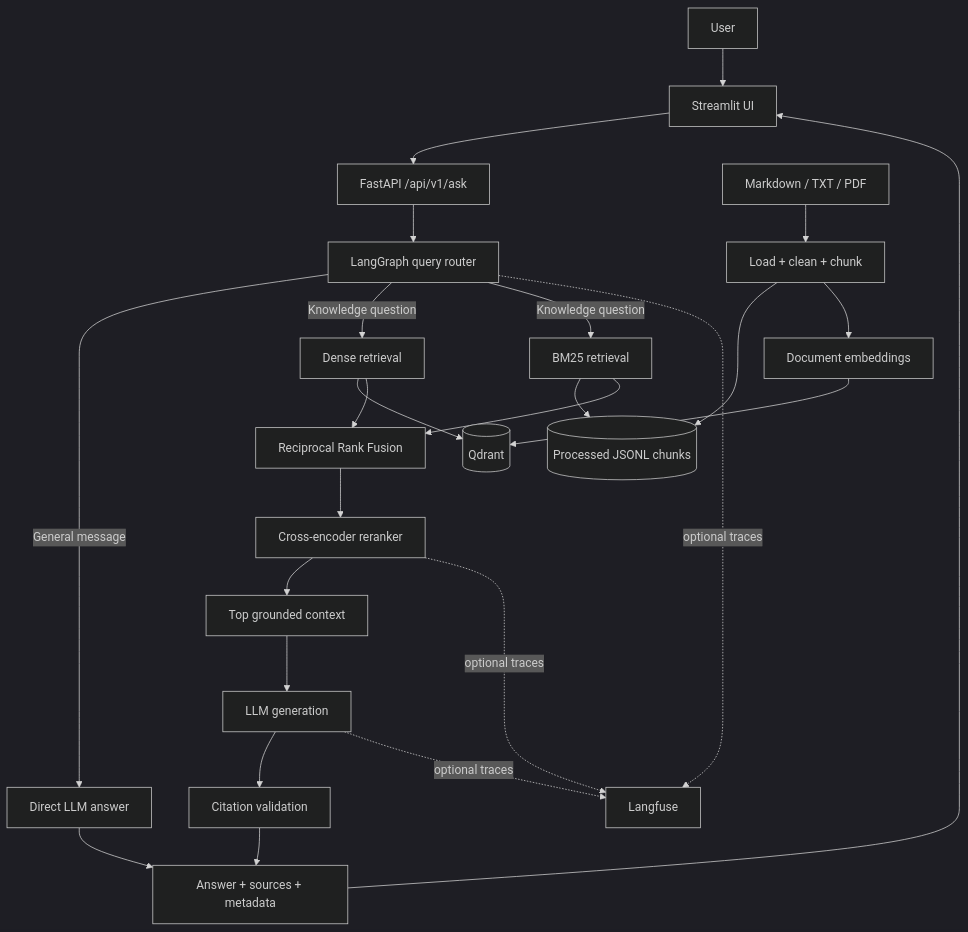
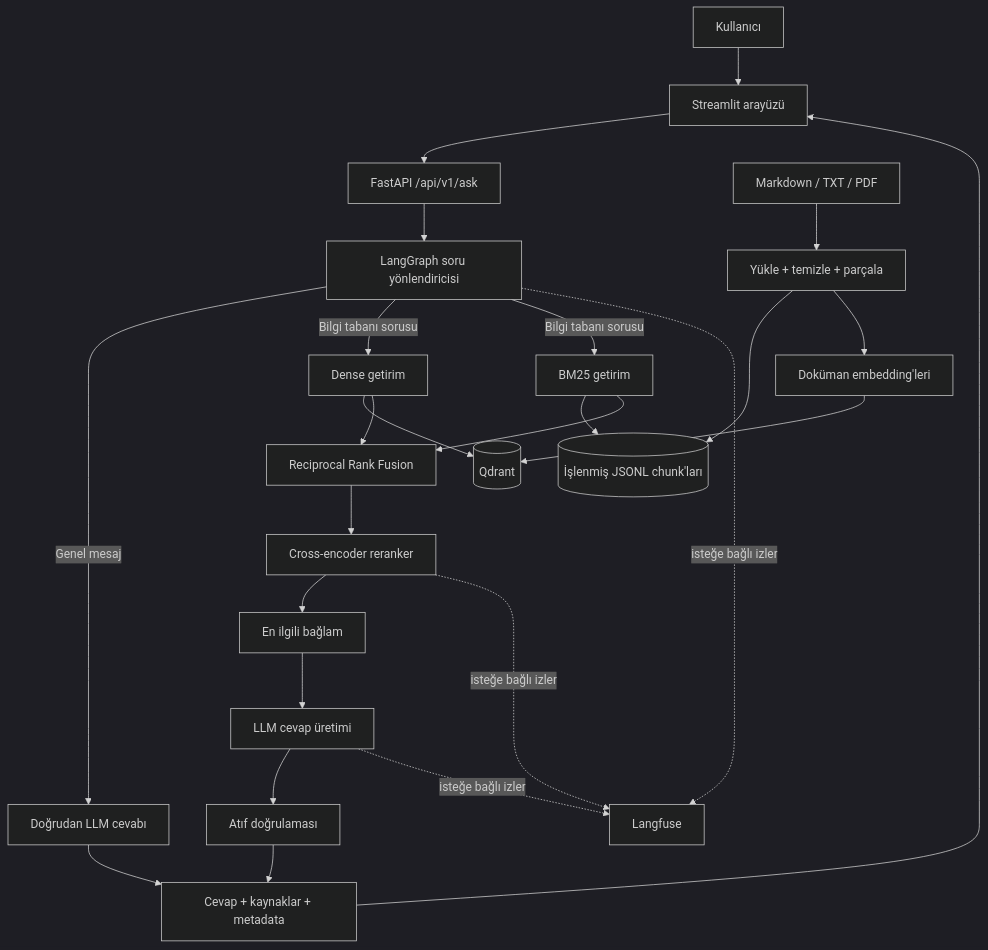
Before and after one commit to miracozmen23/opsrag: the diagram in README.md, drawn with Mermaid (dark theme). The commit also changed other lines of this file, not shown here.

````diff
--- a/README.md
+++ b/README.md
@@ -72,31 +73,31 @@
 ```mermaid
 flowchart TD
-    User[User] --> UI[Streamlit UI]
+    User[Kullanıcı] --> UI[Streamlit arayüzü]
     UI --> API[FastAPI /api/v1/ask]
-    API --> Router[LangGraph query router]
+    API --> Router[LangGraph soru yönlendiricisi]
 
-    Router -->|General message| GeneralLLM[Direct LLM answer]
-    Router -->|Knowledge question| Dense[Dense retrieval]
-    Router -->|Knowledge question| Sparse[BM25 retrieval]
+    Router -->|Genel mesaj| GeneralLLM[Doğrudan LLM cevabı]
+    Router -->|Bilgi tabanı sorusu| Dense[Dense getirim]
+    Router -->|Bilgi tabanı sorusu| Sparse[BM25 getirim]
 
     Dense --> Qdrant[(Qdrant)]
-    Sparse --> Chunks[(Processed JSONL chunks)]
+    Sparse --> Chunks[(İşlenmiş JSONL chunk'ları)]
     Dense --> RRF[Reciprocal Rank Fusion]
     Sparse --> RRF
     RRF --> Reranker[Cross-encoder reranker]
-    Reranker --> Context[Top grounded context]
-    Context --> GroundedLLM[LLM generation]
-    GroundedLLM --> Attribution[Citation validation]
-    Attribution --> APIResponse[Answer + sources + metadata]
+    Reranker --> Context[En ilgili bağlam]
+    Context --> GroundedLLM[LLM cevap üretimi]
+    GroundedLLM --> Attribution[Atıf doğrulaması]
+    Attribution --> APIResponse[Cevap + kaynaklar + metadata]
     GeneralLLM --> APIResponse
     APIResponse --> UI
 
-    RawDocs[Markdown / TXT / PDF] --> Ingestion[Load + clean + chunk]
+    RawDocs[Markdown / TXT / PDF] --> Ingestion[Yükle + temizle + parçala]
     Ingestion --> Chunks
-    Ingestion --> Embeddings[Document embeddings]
+    Ingestion --> Embeddings[Doküman embedding'leri]
     Embeddings --> Qdrant
 
-    Router -. optional traces .-> Langfuse[Langfuse]
-    Reranker -. optional traces .-> Langfuse
-    GroundedLLM -. optional traces .-> Langfuse
+    Router -. isteğe bağlı izler .-> Langfuse[Langfuse]
+    Reranker -. isteğe bağlı izler .-> Langfuse
+    GroundedLLM -. isteğe bağlı izler .-> Langfuse
 ```
````
